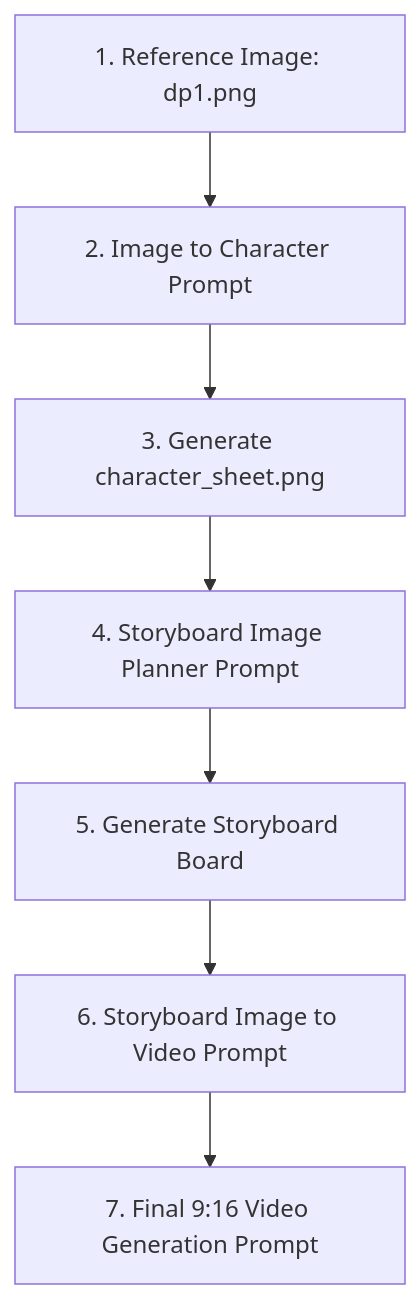
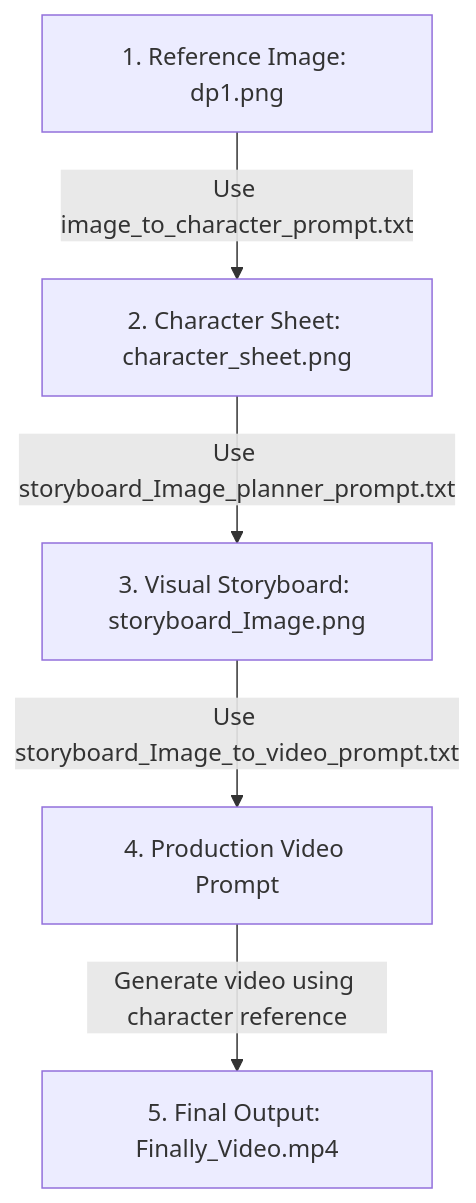
Before and after one commit to kodelyx/ai-video-creation: the diagram in README.md, drawn with Mermaid. The commit also changed other lines of this file and 3 other files, not shown here.

Commit message:
feat: add case study assets and update README workflow diagram

````diff
--- a/README.md
+++ b/README.md
@@ -25,9 +29,7 @@
 ```mermaid
 graph TD
-    A[1. Reference Image: dp1.png] --> B[2. Image to Character Prompt]
-    B --> C[3. Generate character_sheet.png]
-    C --> D[4. Storyboard Image Planner Prompt]
-    D --> E[5. Generate Storyboard Board]
-    E --> F[6. Storyboard Image to Video Prompt]
-    F --> G[7. Final 9:16 Video Generation Prompt]
+    A[1. Reference Image: dp1.png] -->|Use image_to_character_prompt.txt| B[2. Character Sheet: character_sheet.png]
+    B -->|Use storyboard_Image_planner_prompt.txt| C[3. Visual Storyboard: storyboard_Image.png]
+    C -->|Use storyboard_Image_to_video_prompt.txt| D[4. Production Video Prompt]
+    D -->|Generate video using character reference| E[5. Final Output: Finally_Video.mp4]
 ```
````
